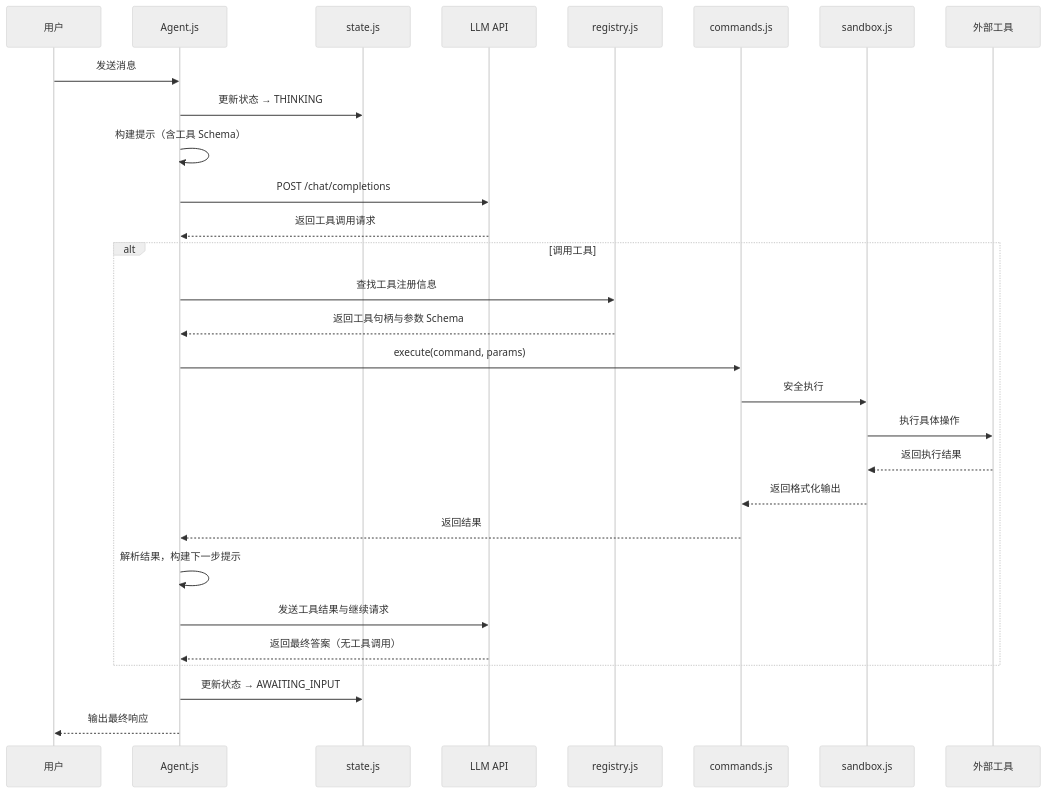
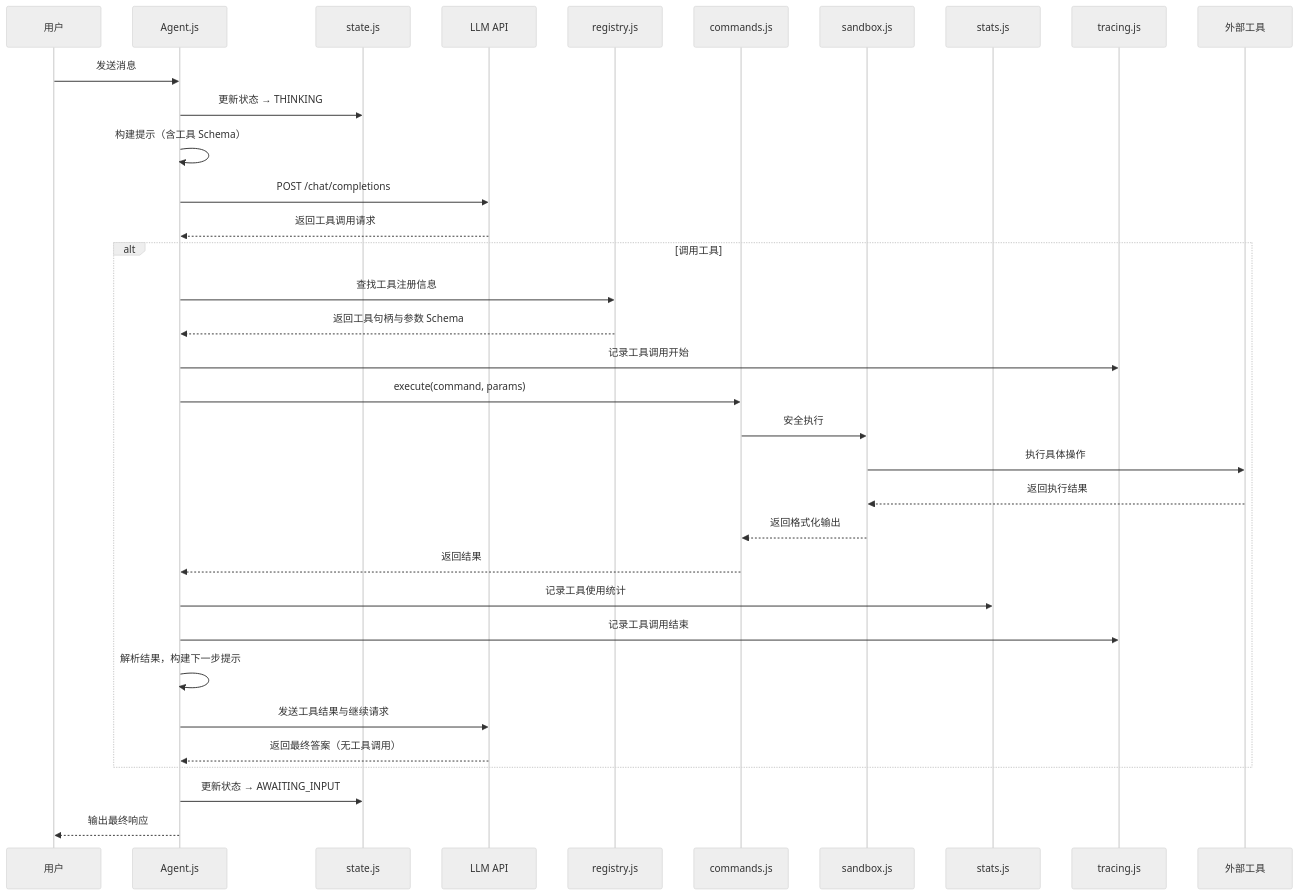
One commit to 1486853830/CogitoAgent changed the third of 7 diagrams in introduction/architecture.md. Above: the diagram before and after it, drawn with Mermaid (neutral theme). The commit also changed other lines of this file and 5 other files, not shown here.

````diff
--- a/introduction/architecture.md
+++ b/introduction/architecture.md
@@ -110,36 +123,41 @@
 ```mermaid
 sequenceDiagram
     participant User as 用户
     participant Agent as Agent.js
     participant State as state.js
     participant LLM as LLM API
     participant Registry as registry.js
     participant Cmd as commands.js
     participant Sandbox as sandbox.js
+    participant Stats as stats.js
+    participant Tracing as tracing.js
     participant Tool as 外部工具
 
     User->>Agent: 发送消息
     Agent->>State: 更新状态 → THINKING
     Agent->>Agent: 构建提示（含工具 Schema）
     Agent->>LLM: POST /chat/completions
 
     LLM-->>Agent: 返回工具调用请求
 
     alt 调用工具
         Agent->>Registry: 查找工具注册信息
         Registry-->>Agent: 返回工具句柄与参数 Schema
+        Agent->>Tracing: 记录工具调用开始
         Agent->>Cmd: execute(command, params)
         Cmd->>Sandbox: 安全执行
         Sandbox->>Tool: 执行具体操作
         Tool-->>Sandbox: 返回执行结果
         Sandbox-->>Cmd: 返回格式化输出
         Cmd-->>Agent: 返回结果
+        Agent->>Stats: 记录工具使用统计
+        Agent->>Tracing: 记录工具调用结束
 
         Agent->>Agent: 解析结果，构建下一步提示
         Agent->>LLM: 发送工具结果与继续请求
         LLM-->>Agent: 返回最终答案（无工具调用）
     end
 
     Agent->>State: 更新状态 → AWAITING_INPUT
     Agent-->>User: 输出最终响应
 ```
````
